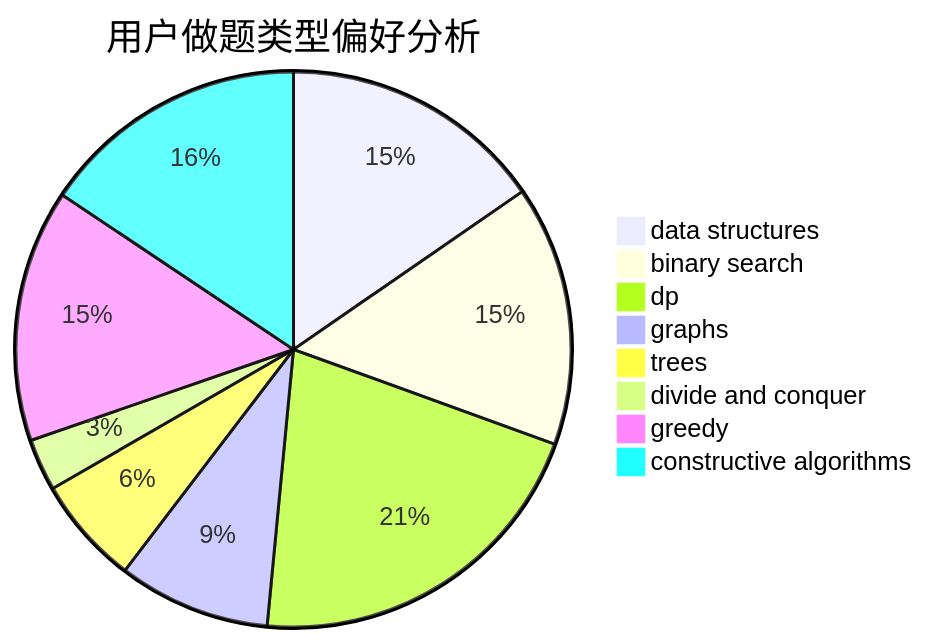
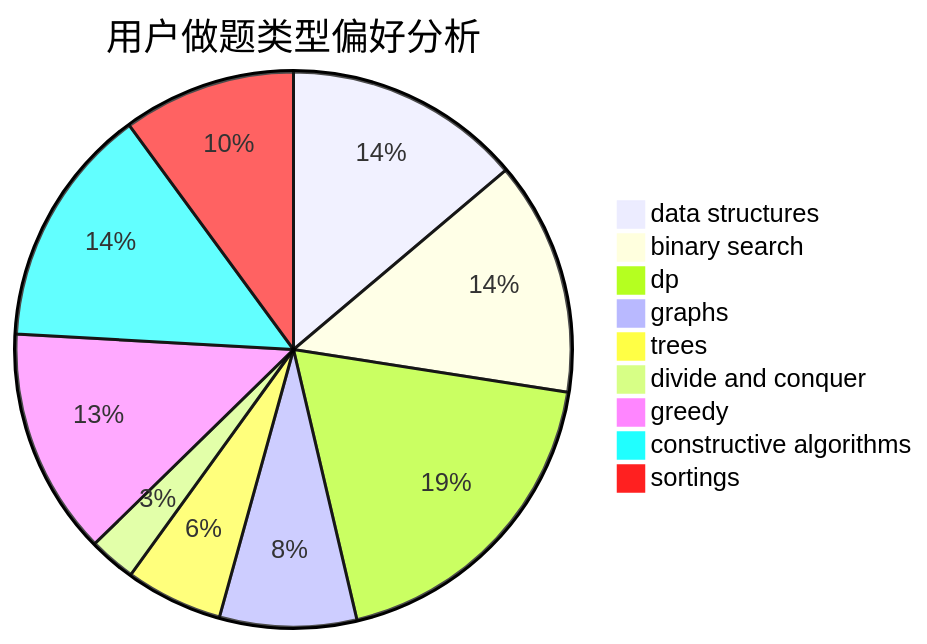
Before and after one commit to sherpahu/cfrs.github.io: the second of 3 diagrams in docs/user/u774.md, drawn with Mermaid. The commit also changed other lines of this file and 2769 other files, not shown here.

````diff
--- a/docs/user/u774.md
+++ b/docs/user/u774.md
@@ -23,11 +18,12 @@
 ```mermaid
 pie title 用户做题类型偏好分析
     "data structures" :  66
     "binary search" :  65
     "dp" :  90
     "graphs" :  38
     "trees" :  27
     "divide and conquer" :  13
     "greedy" :  63
     "constructive algorithms" :  67
+    "sortings" :  48
 ```
````
